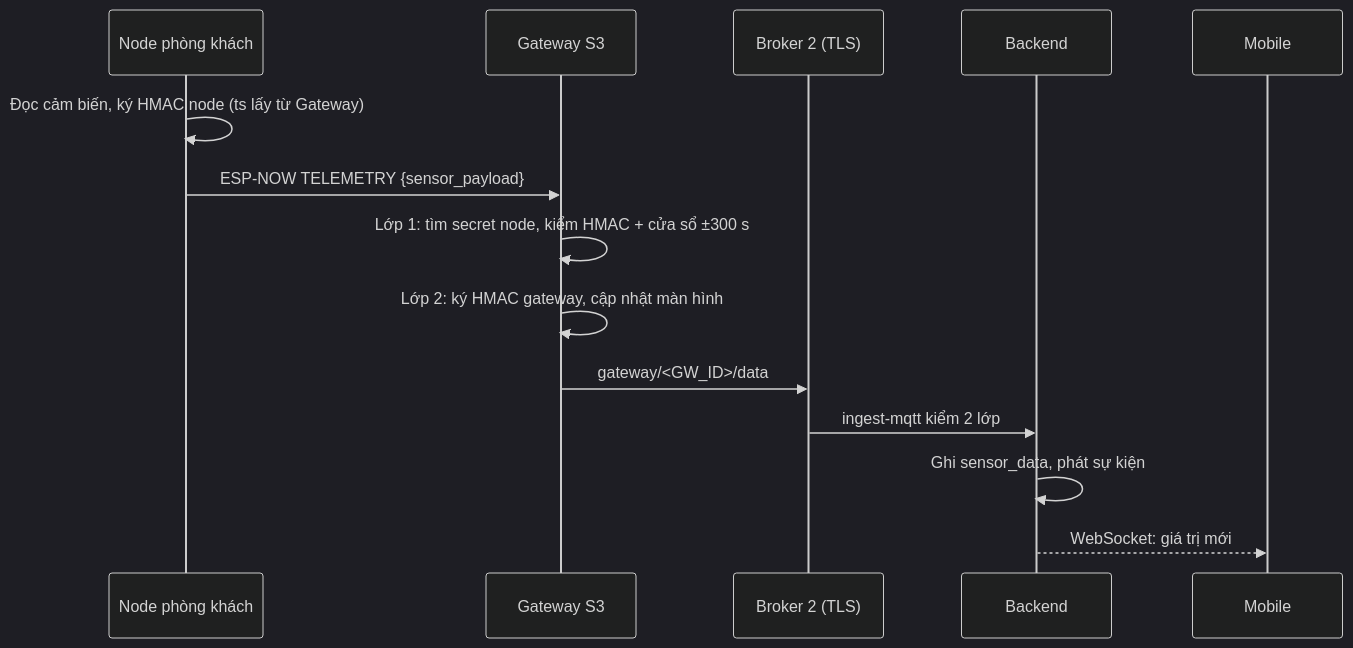
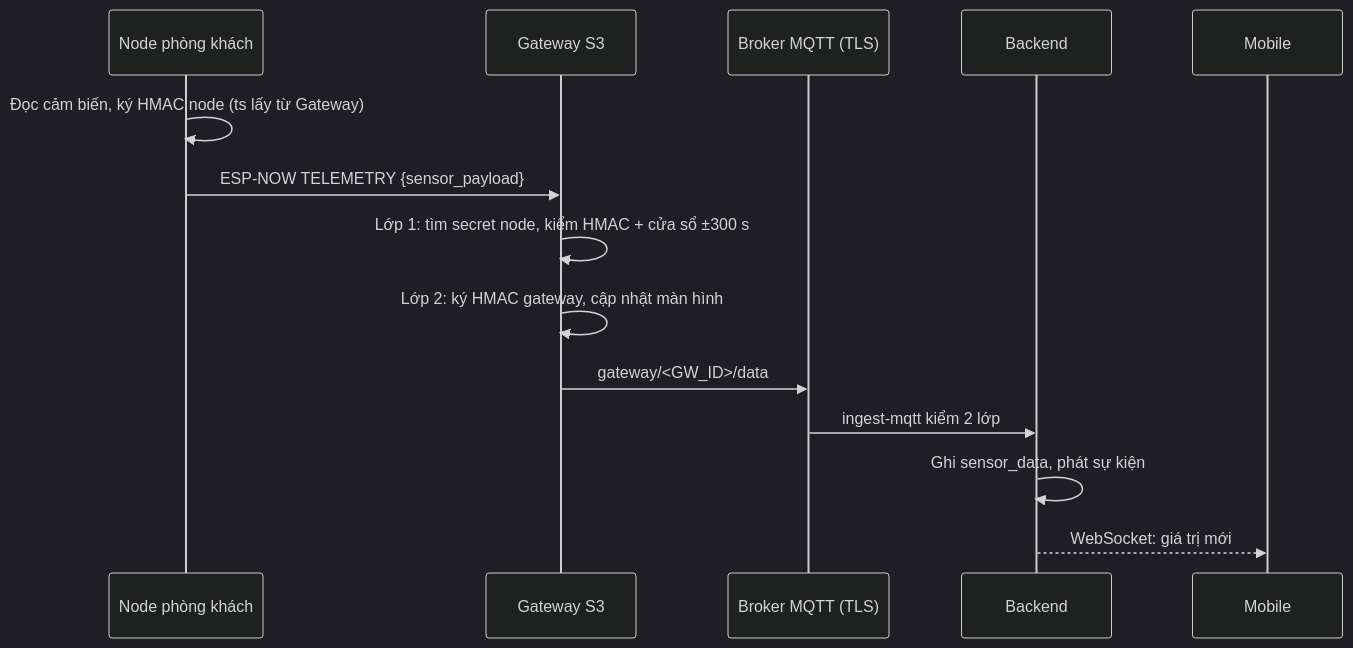
The third of 5 diagrams in docs/firmware/IOT_NODE_NETWORK.md (Noxxsanl/secure-smart-home), drawn with Mermaid (dark theme) before and after one commit. The commit also changed other lines of this file and 51 other files, not shown here.

First line of the commit message:
Gỡ Broker 1, còn 1 broker MQTT TLS; bỏ "Nhà của Đạt" khỏi seed demo

````diff
--- a/docs/firmware/IOT_NODE_NETWORK.md
+++ b/docs/firmware/IOT_NODE_NETWORK.md
@@ -343,17 +343,17 @@
 ```mermaid
 sequenceDiagram
     participant N as Node phòng khách
     participant G as Gateway S3
-    participant B as Broker 2 (TLS)
+    participant B as Broker MQTT (TLS)
     participant S as Backend
     participant M as Mobile
 
     N->>N: Đọc cảm biến, ký HMAC node (ts lấy từ Gateway)
     N->>G: ESP-NOW TELEMETRY {sensor_payload}
     G->>G: Lớp 1: tìm secret node, kiểm HMAC + cửa sổ ±300 s
     G->>G: Lớp 2: ký HMAC gateway, cập nhật màn hình
     G->>B: gateway/<GW_ID>/data
     B->>S: ingest-mqtt kiểm 2 lớp
     S->>S: Ghi sensor_data, phát sự kiện
     S-->>M: WebSocket: giá trị mới
 ```
````
